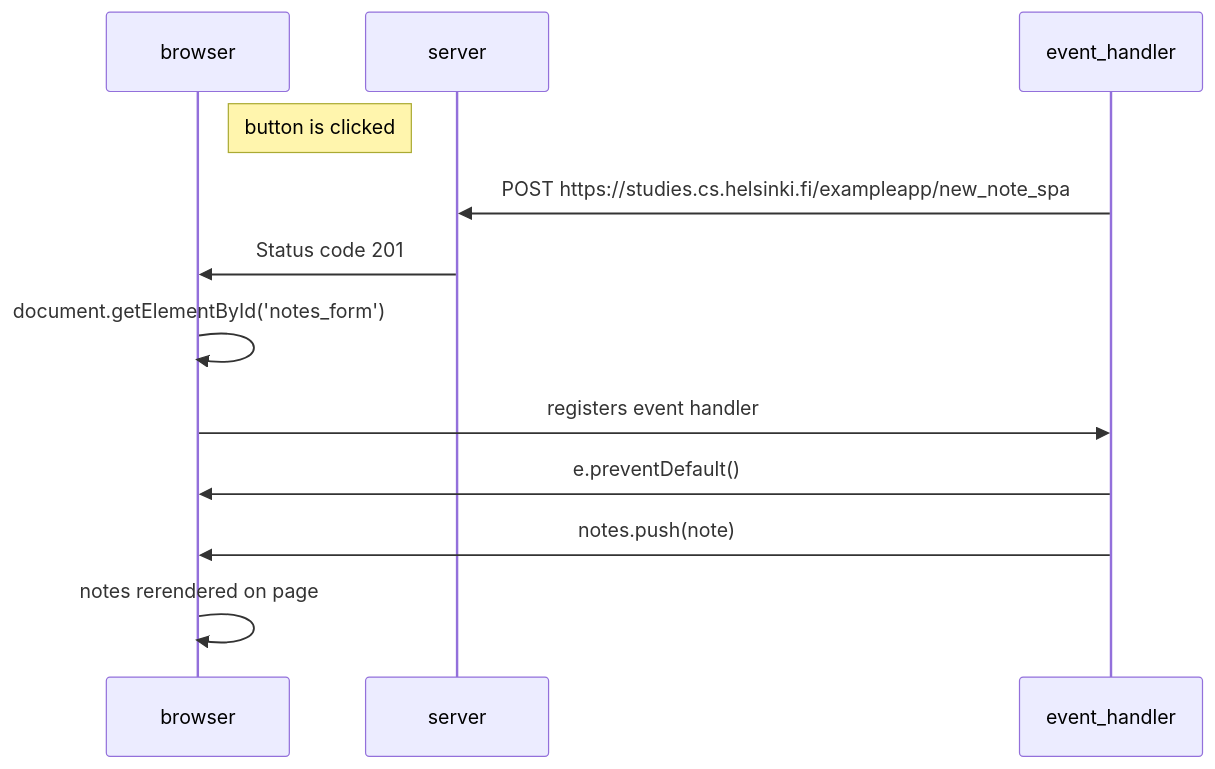
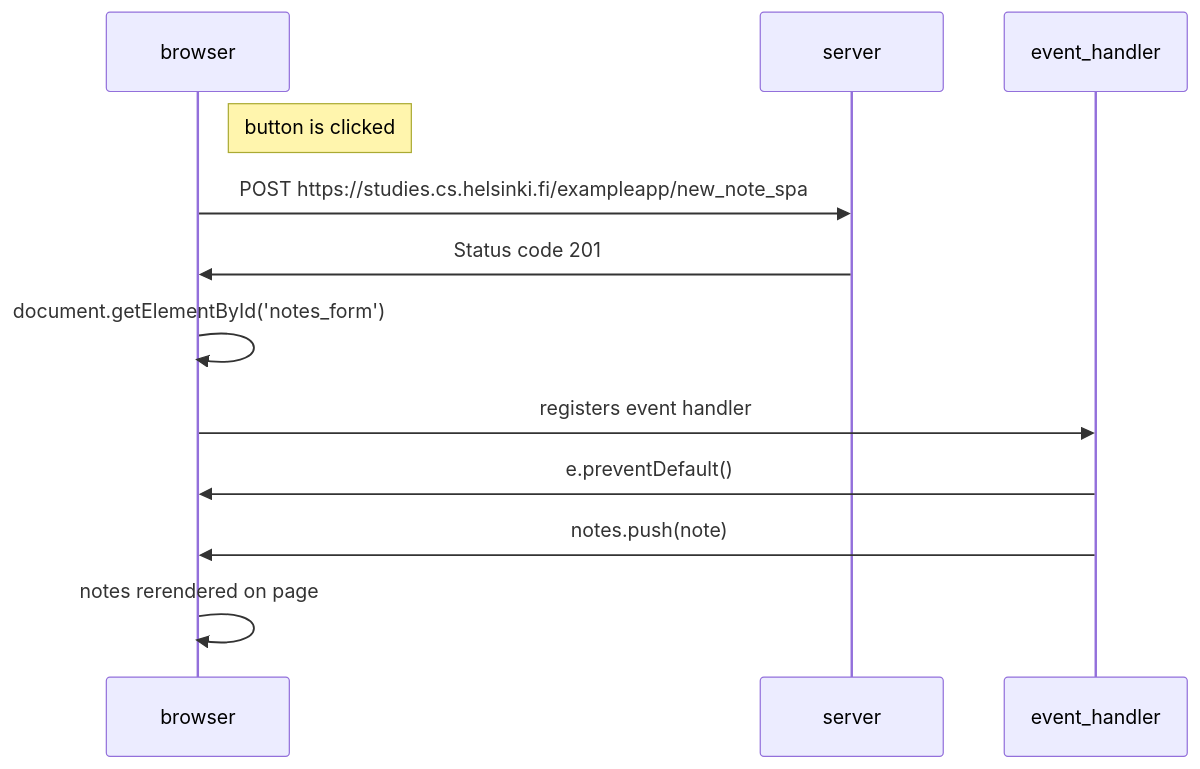
Before and after one commit to jtrussell10/fso-part-0: the diagram in 0_6.md, drawn with Mermaid.

````diff
--- a/0_6.md
+++ b/0_6.md
@@ -1,16 +1,16 @@
 ```mermaid
 sequenceDiagram
     participant browser
     participant server
     participant event_handler
 
     Note right of browser: button is clicked
-    event_handler->>server: POST https://studies.cs.helsinki.fi/exampleapp/new_note_spa
+    browser->>server: POST https://studies.cs.helsinki.fi/exampleapp/new_note_spa
     server->>browser: Status code 201
     browser->>browser: document.getElementById('notes_form') 
     browser->>event_handler: registers event handler
     event_handler->>browser: e.preventDefault()
     event_handler->>browser: notes.push(note)
     browser->>browser: notes rerendered on page
 
 ```
````
